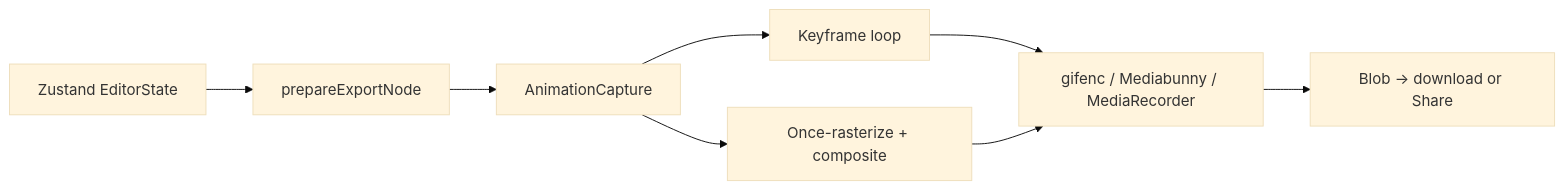
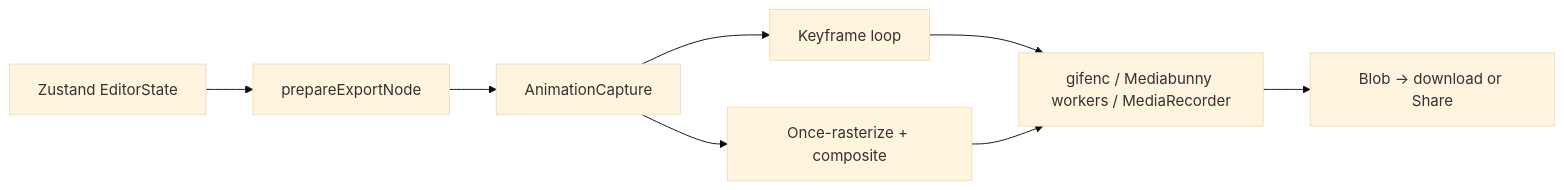
The fifth of 5 diagrams in wiki/core/README.md (ShivaBhattacharjee/Tokokino), drawn with Mermaid (base theme) before and after one commit. The commit also changed other lines of this file and 13 other files, not shown here.

````diff
--- a/wiki/core/README.md
+++ b/wiki/core/README.md
@@ -198,10 +200,10 @@
 ```mermaid
 flowchart LR
   STORE["Zustand EditorState"] --> CLONE["prepareExportNode"]
   CLONE --> CAP["AnimationCapture"]
   CAP --> ANIM["Keyframe loop"]
   CAP --> VID["Once-rasterize + composite"]
-  ANIM --> ENC["gifenc / Mediabunny / MediaRecorder"]
+  ANIM --> ENC["gifenc / Mediabunny workers / MediaRecorder"]
   VID --> ENC
   ENC --> OUT["Blob → download or Share"]
 ```
````
